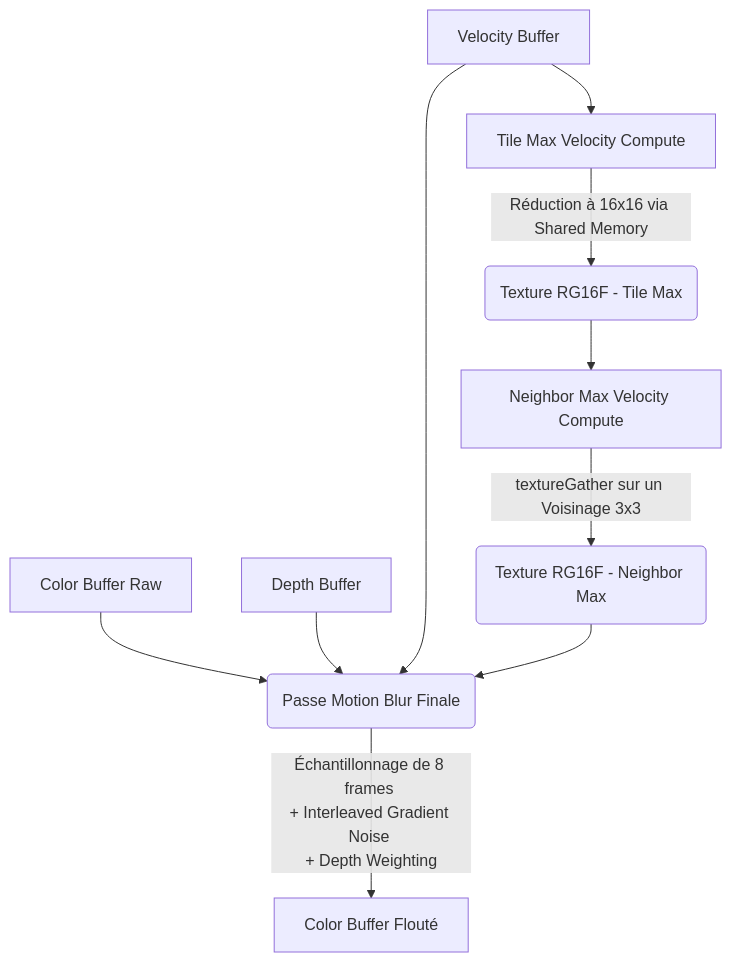
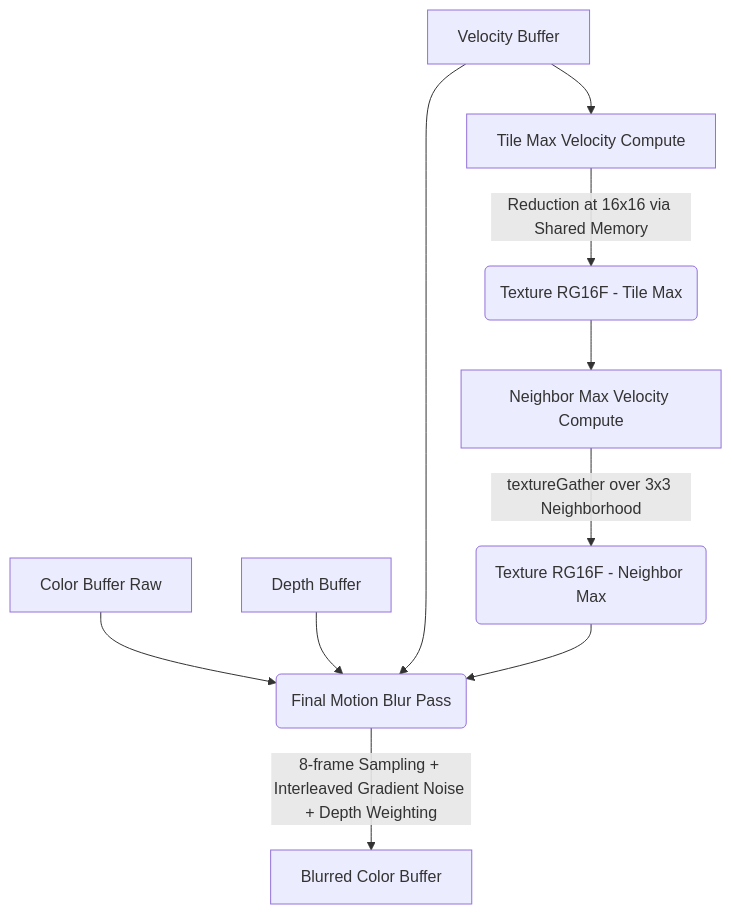
One commit to yoyonel/suckless-ogl changed the first of 2 diagrams in docs/motion_blur_analysis.md. Above: the diagram before and after it, drawn with Mermaid. The commit also changed other lines of this file and 98 other files, not shown here.

````diff
--- a/docs/motion_blur_analysis.md
+++ b/docs/motion_blur_analysis.md
@@ -13,12 +13,12 @@
 ```mermaid
 graph TD
     V[Velocity Buffer] --> T[Tile Max Velocity Compute]
-    T -->|Réduction à 16x16 via Shared Memory| TTex(Texture RG16F - Tile Max)
+    T -->|Reduction at 16x16 via Shared Memory| TTex(Texture RG16F - Tile Max)
     TTex --> N[Neighbor Max Velocity Compute]
-    N -->|textureGather sur un Voisinage 3x3| NTex(Texture RG16F - Neighbor Max)
-    C[Color Buffer Raw] --> M(Passe Motion Blur Finale)
+    N -->|textureGather over 3x3 Neighborhood| NTex(Texture RG16F - Neighbor Max)
+    C[Color Buffer Raw] --> M(Final Motion Blur Pass)
     D[Depth Buffer] --> M
     V --> M
     NTex --> M
-    M -->|Échantillonnage de 8 frames \n+ Interleaved Gradient Noise \n+ Depth Weighting| O[Color Buffer Flouté]
+    M -->|8-frame Sampling + Interleaved Gradient Noise + Depth Weighting| O[Blurred Color Buffer]
 ```
````
